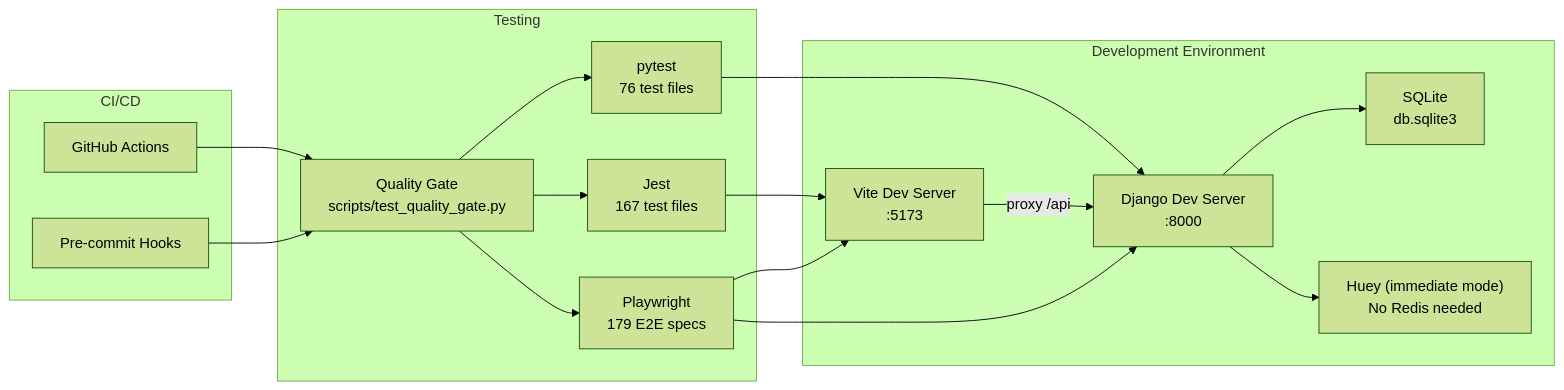
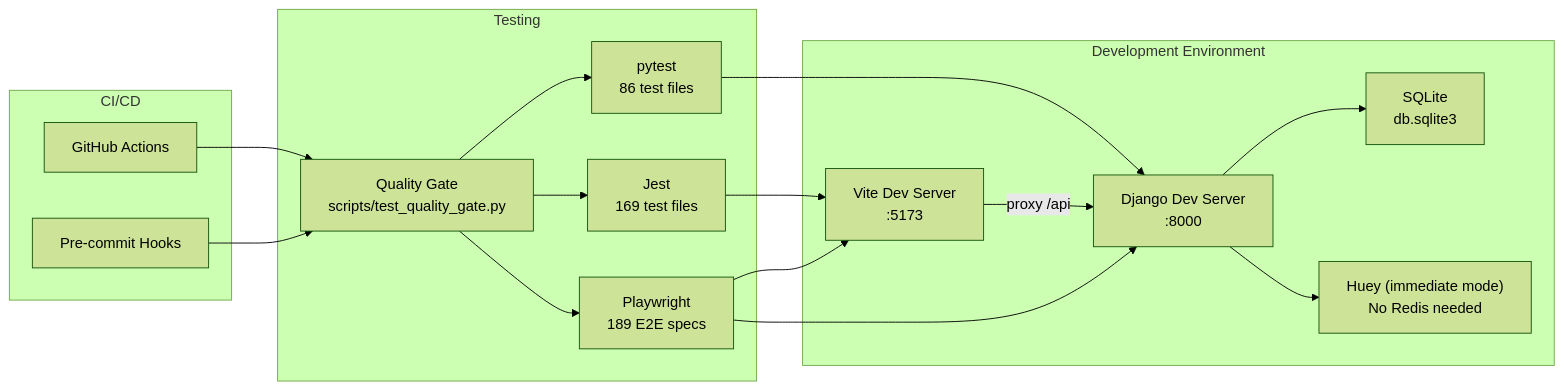
One commit to carlos18bp/gym_project changed the second of 8 diagrams in docs/methodology/architecture.md. Above: the diagram before and after it, drawn with Mermaid (forest theme). The commit also changed other lines of this file and 256 other files, not shown here.

````diff
--- a/docs/methodology/architecture.md
+++ b/docs/methodology/architecture.md
@@ -60,34 +60,34 @@
 ```mermaid
 flowchart LR
     subgraph Dev["Development Environment"]
         Vite["Vite Dev Server\n:5173"]
         Django["Django Dev Server\n:8000"]
         Huey_Imm["Huey (immediate mode)\nNo Redis needed"]
         SQLite["SQLite\ndb.sqlite3"]
     end
 
     subgraph Test["Testing"]
-        Pytest["pytest\n76 test files"]
-        Jest["Jest\n167 test files"]
-        PW["Playwright\n179 E2E specs"]
+        Pytest["pytest\n86 test files"]
+        Jest["Jest\n169 test files"]
+        PW["Playwright\n189 E2E specs"]
         QG["Quality Gate\nscripts/test_quality_gate.py"]
     end
 
     subgraph CI["CI/CD"]
         GHA["GitHub Actions"]
         PreCommit["Pre-commit Hooks"]
     end
 
     Vite -->|"proxy /api"| Django
     Django --> SQLite
     Django --> Huey_Imm
     Pytest --> Django
     Jest --> Vite
     PW --> Vite
     PW --> Django
     QG --> Pytest
     QG --> Jest
     QG --> PW
     GHA --> QG
     PreCommit --> QG
 ```
````
